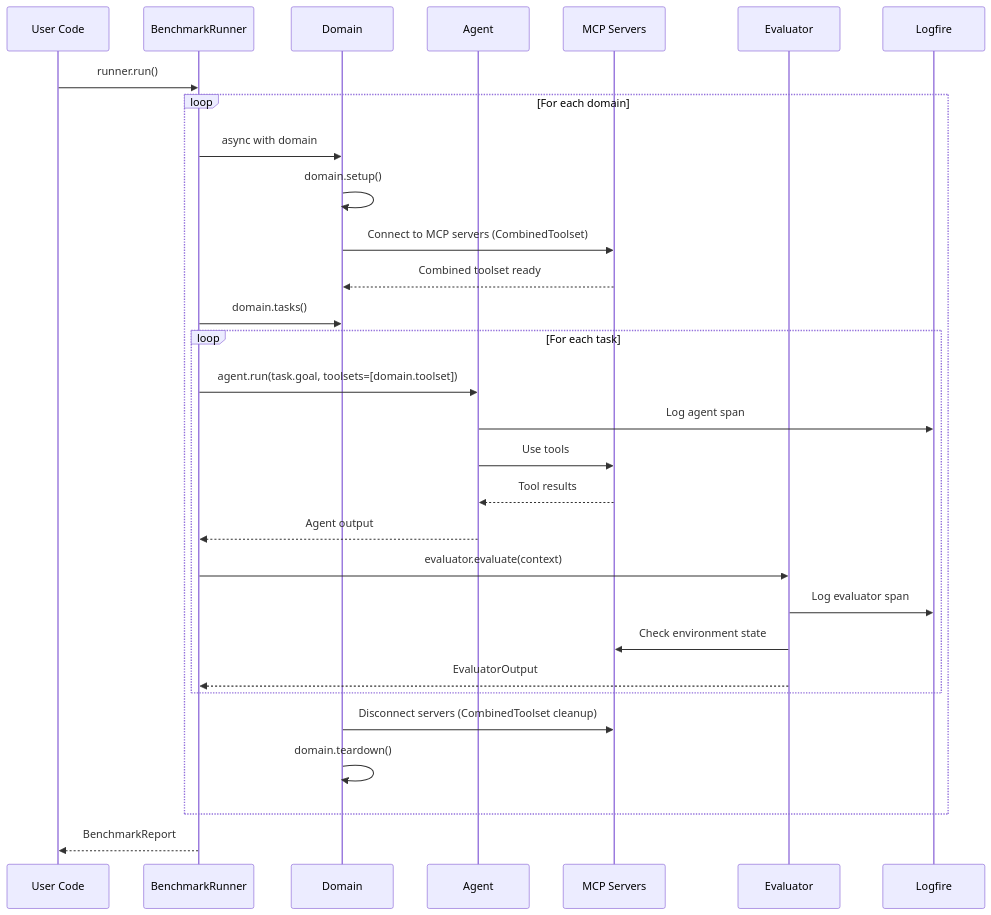
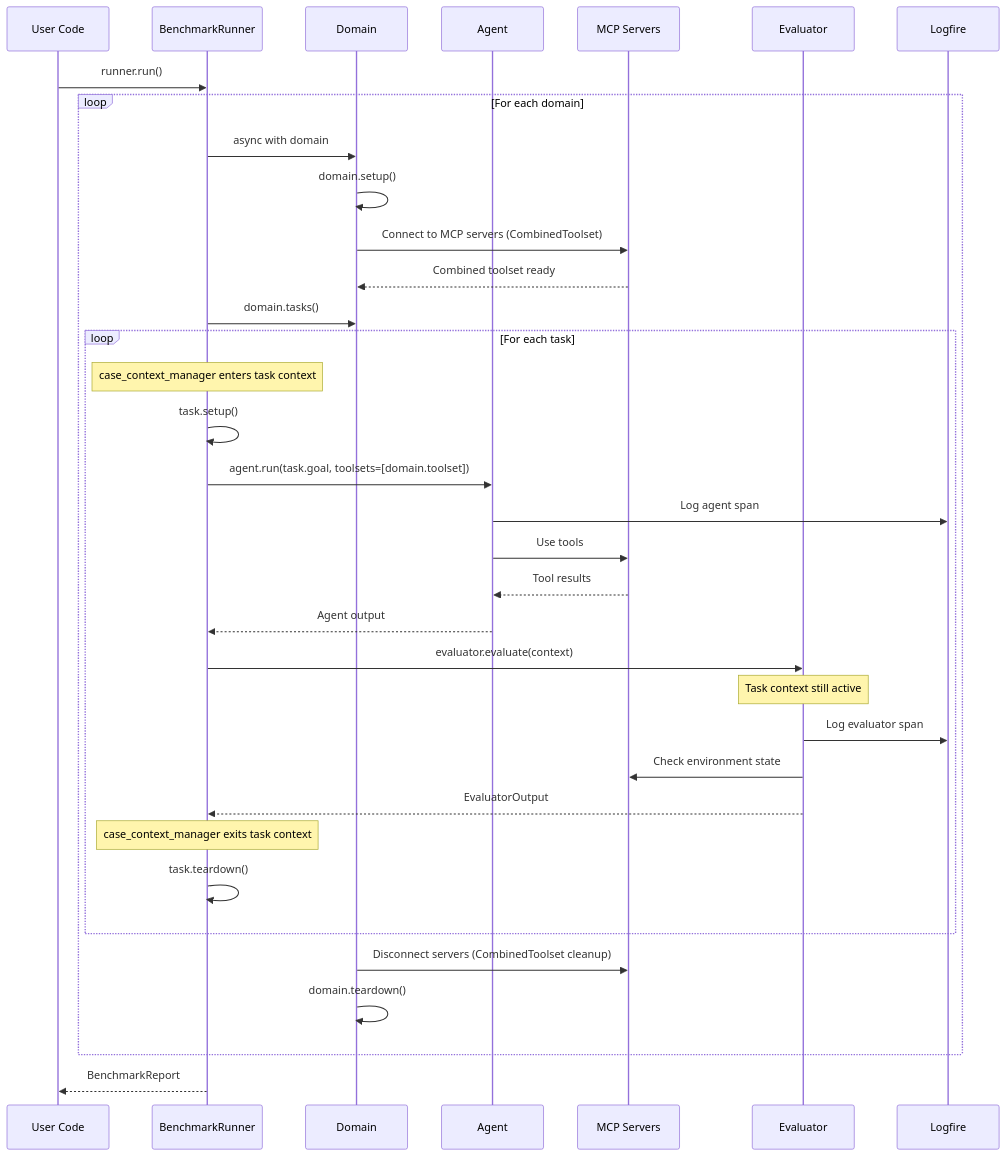
The second of 3 diagrams in README.md (deeppavlov/mcp-evals), drawn with Mermaid before and after one commit. The commit also changed other lines of this file, not shown here.

Commit message:
use `case_context_manager`

````diff
--- a/README.md
+++ b/README.md
@@ -421,38 +421,43 @@
 ```mermaid
 sequenceDiagram
     participant U as User Code
     participant R as BenchmarkRunner
     participant D as Domain
     participant A as Agent
     participant MCP as MCP Servers
     participant E as Evaluator
     participant LF as Logfire
 
     U->>R: runner.run()
     
     loop For each domain
         R->>D: async with domain
         D->>D: domain.setup()
         D->>MCP: Connect to MCP servers (CombinedToolset)
         MCP-->>D: Combined toolset ready
         R->>D: domain.tasks()
         
         loop For each task
+            Note over R: case_context_manager enters task context
+            R->>R: task.setup()
             R->>A: agent.run(task.goal, toolsets=[domain.toolset])
             A->>LF: Log agent span
             A->>MCP: Use tools
             MCP-->>A: Tool results
             A-->>R: Agent output
             
             R->>E: evaluator.evaluate(context)
+            Note over E: Task context still active
             E->>LF: Log evaluator span
             E->>MCP: Check environment state
             E-->>R: EvaluatorOutput
+            Note over R: case_context_manager exits task context
+            R->>R: task.teardown()
         end
         
         D->>MCP: Disconnect servers (CombinedToolset cleanup)
         D->>D: domain.teardown()
     end
     
     R-->>U: BenchmarkReport
 ```
````
